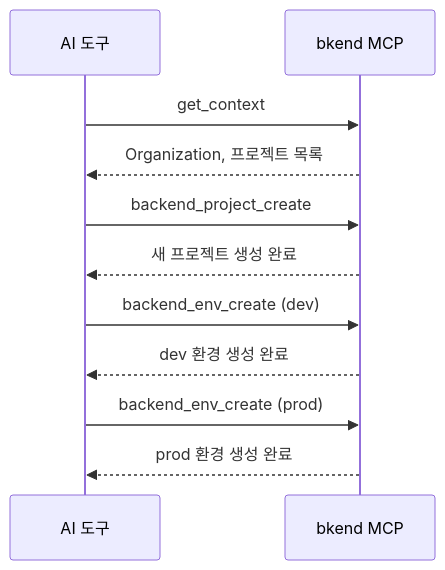
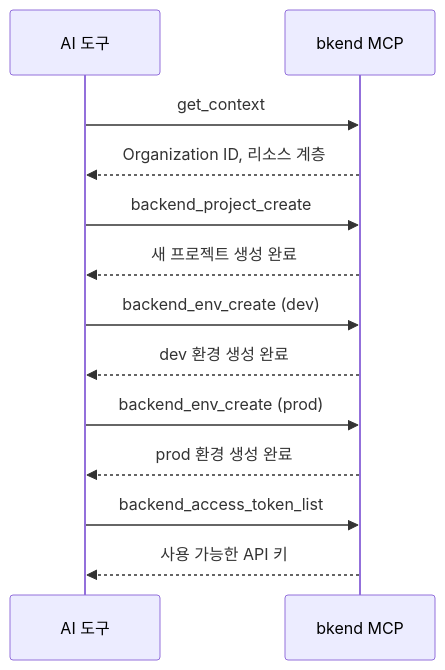
The second of 2 diagrams in ko/mcp/03-project-tools.md (popup-studio-ai/bkend-docs), drawn with Mermaid before and after one commit. The commit also changed other lines of this file and 424 other files, not shown here.

````diff
--- a/ko/mcp/03-project-tools.md
+++ b/ko/mcp/03-project-tools.md
@@ -139,17 +184,20 @@
 ```mermaid
 sequenceDiagram
     participant AI as AI 도구
     participant MCP as bkend MCP
 
     AI->>MCP: get_context
-    MCP-->>AI: Organization, 프로젝트 목록
+    MCP-->>AI: Organization ID, 리소스 계층
 
     AI->>MCP: backend_project_create
     MCP-->>AI: 새 프로젝트 생성 완료
 
     AI->>MCP: backend_env_create (dev)
     MCP-->>AI: dev 환경 생성 완료
 
     AI->>MCP: backend_env_create (prod)
     MCP-->>AI: prod 환경 생성 완료
+
+    AI->>MCP: backend_access_token_list
+    MCP-->>AI: 사용 가능한 API 키
 ```
````
